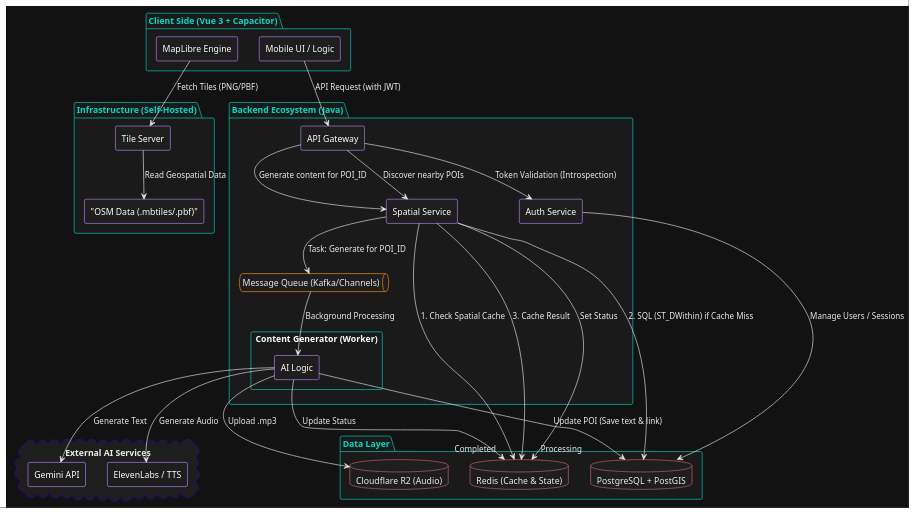
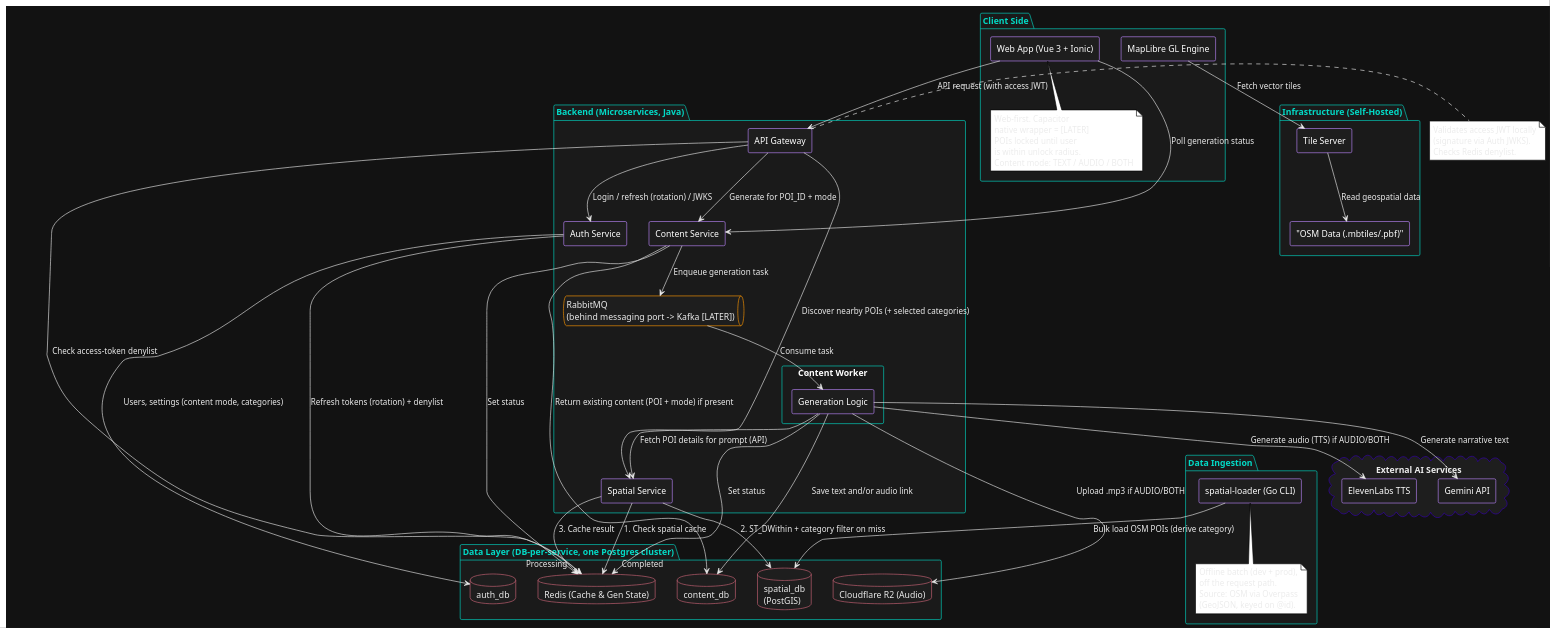
The diagram in docs/trippie-arch.puml (laa66/trippie), drawn with PlantUML before and after one commit. The commit also changed 37 other files, not shown here.

```diff
--- a/docs/trippie-arch.puml
+++ b/docs/trippie-arch.puml
@@ -1,102 +1,127 @@
 @startuml
 !theme plain
 ' --- Dark Mode Styling ---
 skinparam backgroundColor #121212
 skinparam DefaultFontColor #ECECEC
 skinparam componentStyle rectangle
 
 skinparam component {
     BackgroundColor #1E1E1E
     BorderColor #BB86FC
     FontColor #FFFFFF
 }
 
 skinparam package {
     BackgroundColor #1A1A1A
     BorderColor #03DAC6
     FontColor #03DAC6
 }
 
 skinparam database {
     BackgroundColor #1E1E1E
     BorderColor #CF6679
 }
 
 skinparam queue {
     BackgroundColor #1E1E1E
     BorderColor #FF9800
 }
 
 skinparam cloud {
     BackgroundColor #1E1E1E
     BorderColor #3700B3
 }
 
 skinparam arrow {
     Color #ECECEC
     FontColor #ECECEC
 }
 
+' Legend:
+'   [MVP]    - in scope for the first end-to-end slice
+'   [LATER]  - target architecture, added after MVP works
+
 ' --- Components ---
 
-package "Client Side (Vue 3 + Capacitor)" {
-    [MapLibre Engine] as Maps
-    [Mobile UI / Logic] as UI
+package "Client Side" {
+    [Web App (Vue 3 + Ionic)] as UI
+    [MapLibre GL Engine] as Maps
+    note bottom of UI : Web-first. Capacitor\nnative wrapper = [LATER]\nPOIs locked until user\nis within unlock radius.\nContent mode: TEXT / AUDIO / BOTH
 }
 
 package "Infrastructure (Self-Hosted)" {
     [Tile Server] as TileServer
     ["OSM Data (.mbtiles/.pbf)"] as OSM_Data
 }
 
-package "Backend Ecosystem (Java)" {
+package "Data Ingestion" {
+    [spatial-loader (Go CLI)] as Loader
+    note bottom of Loader : Offline batch (dev + prod),\noff the request path.\nSource: OSM via Overpass\n(GeoJSON, keyed on @id).
+}
+
+package "Backend (Microservices, Java)" {
+    [API Gateway] as Gateway
     [Auth Service] as Auth
-    [API Gateway] as Gateway
     [Spatial Service] as Spatial
-    
-    queue "Message Queue (Kafka/Channels)" as Queue
-    
-    component "Content Generator (Worker)" {
-        [AI Logic] as AI
+    [Content Service] as Content
+
+    queue "RabbitMQ\n(behind messaging port -> Kafka [LATER])" as Queue
+
+    component "Content Worker" {
+        [Generation Logic] as Worker
     }
 }
 
-package "Data Layer" {
-    database "PostgreSQL + PostGIS" as DB
-    database "Cloudflare R2 (Audio)" as S3
-    database "Redis (Cache & State)" as Redis
+package "Data Layer (DB-per-service, one Postgres cluster)" {
+    database "spatial_db\n(PostGIS)" as SpatialDB
+    database "auth_db" as AuthDB
+    database "content_db" as ContentDB
+    database "Redis (Cache & Gen State)" as Redis
+    database "Cloudflare R2 (Audio)" as R2
 }
 
 cloud "External AI Services" {
     [Gemini API] as Gemini
-    [ElevenLabs / TTS] as Eleven
+    [ElevenLabs TTS] as Eleven
 }
 
 ' --- Relationships ---
 
-Maps --> TileServer : Fetch Tiles (PNG/PBF)
-TileServer --> OSM_Data : Read Geospatial Data
+' Map rendering (self-hosted tiles)
+Maps --> TileServer : Fetch vector tiles
+TileServer --> OSM_Data : Read geospatial data
 
-UI --> Gateway : API Request (with JWT)
-Gateway --> Auth : Token Validation (Introspection)
+' Ingestion
+Loader --> SpatialDB : Bulk load OSM POIs (derive category)
 
-' Spatial & Caching
-Gateway --> Spatial : "Discover nearby POIs"
-Spatial --> Redis : 1. Check Spatial Cache
-Spatial --> DB : 2. SQL (ST_DWithin) if Cache Miss
-Spatial --> Redis : 3. Cache Result
+' Auth & tokens
+UI --> Gateway : API request (with access JWT)
+note right of Gateway : Validates access JWT locally\n(signature via Auth JWKS).\nChecks Redis denylist.
+Gateway --> Auth : Login / refresh (rotation) / JWKS
+Gateway --> Redis : Check access-token denylist
+Auth --> AuthDB : Users, settings (content mode, categories)
+Auth --> Redis : Refresh tokens (rotation) + denylist
 
-' Content Flow & Redis State
-Gateway --> Spatial : "Generate content for POI_ID"
-Spatial --> Queue : "Task: Generate for POI_ID"
-Spatial --> Redis : Set Status "Processing"
+' Discovery (spatial is pure geo)
+Gateway --> Spatial : Discover nearby POIs (+ selected categories)
+Spatial --> Redis : 1. Check spatial cache
+Spatial --> SpatialDB : 2. ST_DWithin + category filter on miss
+Spatial --> Redis : 3. Cache result
 
-Queue --> AI : Background Processing
-AI --> Gemini : Generate Text
-AI --> Eleven : Generate Audio
-AI --> S3 : Upload .mp3
-AI --> DB : Update POI (Save text & link)
-AI --> Redis : Update Status "Completed"
+' Content generation (orchestrated by Content, NOT Spatial)
+' Only for unlocked POIs. Mode = TEXT / AUDIO / BOTH.
+Gateway --> Content : Generate for POI_ID + mode
+Content --> ContentDB : Return existing content (POI + mode) if present
+Content --> Queue : Enqueue generation task
+Content --> Redis : Set status "Processing"
+UI --> Content : Poll generation status
 
-Auth --> DB : Manage Users / Sessions
+Queue --> Worker : Consume task
+Worker --> Spatial : Fetch POI details for prompt (API)
+Worker --> Gemini : Generate narrative text
+Worker --> Eleven : Generate audio (TTS) if AUDIO/BOTH
+Worker --> R2 : Upload .mp3 if AUDIO/BOTH
+Worker --> ContentDB : Save text and/or audio link
+Worker --> Redis : Set status "Completed"
+
 @enduml
```
